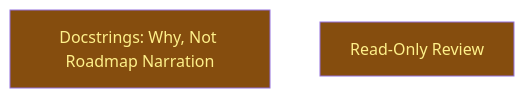
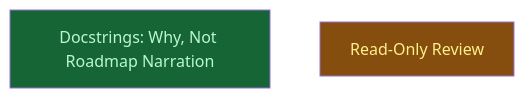
The diagram in __roadmap__/consistency/integrate/README.md (CrackingShells/colgrep-mcp), drawn with Mermaid before and after one commit. The commit also changed other lines of this file and 1 other file, not shown here.

First line of the commit message:
docs(docs): add R02 to the report-id legend and record the docstrings leaf as merged

````diff
--- a/__roadmap__/consistency/integrate/README.md
+++ b/__roadmap__/consistency/integrate/README.md
@@ -23,10 +23,10 @@
 ```mermaid
 graph TD
-    docstrings[Docstrings: Why, Not Roadmap Narration]:::inprogress
+    docstrings[Docstrings: Why, Not Roadmap Narration]:::done
     review[Read-Only Review]:::inprogress
     classDef done       fill:#166534,color:#bbf7d0
     classDef inprogress fill:#854d0e,color:#fef08a
     classDef planned    fill:#374151,color:#e5e7eb
     classDef amendment  fill:#1e3a5f,color:#bfdbfe
     classDef blocked    fill:#7f1d1d,color:#fecaca
 ```
````
